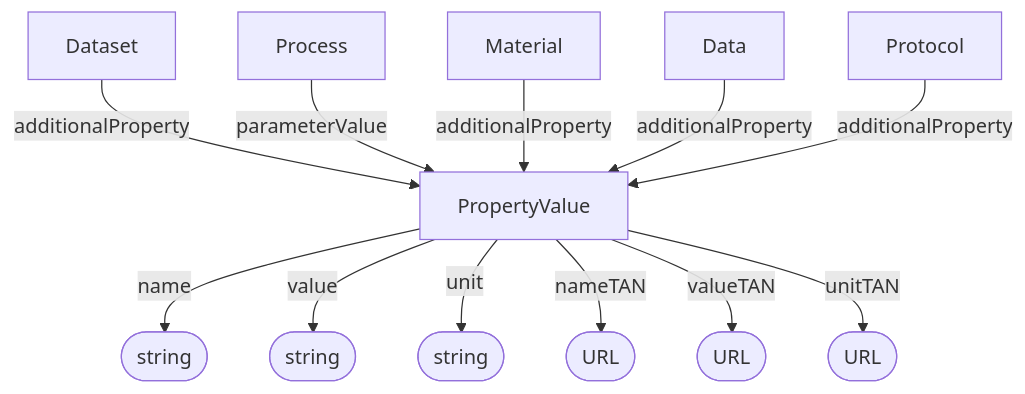
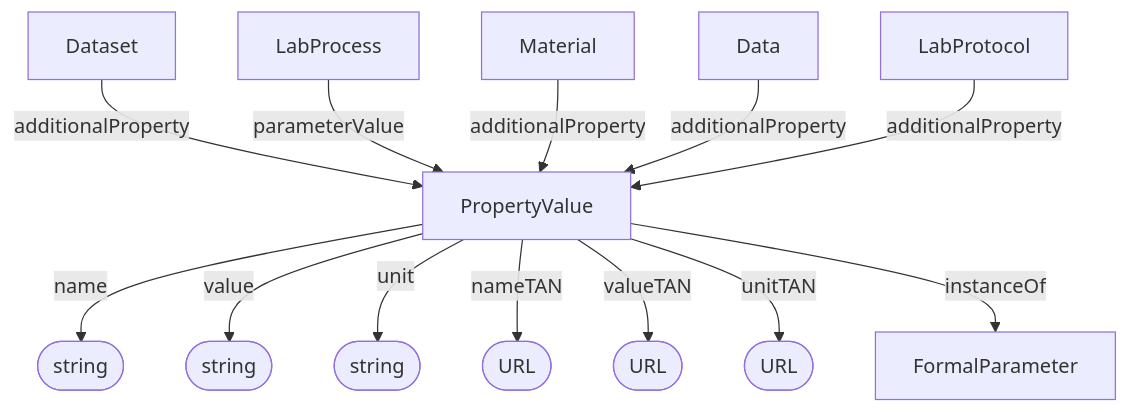
One commit to HLWeil/ProcessCore changed the diagram in spec/core/PropertyValue.md. Above: the diagram before and after it, drawn with Mermaid. The commit also changed other lines of this file and 10 other files, not shown here.

````diff
--- a/spec/core/PropertyValue.md
+++ b/spec/core/PropertyValue.md
@@ -28,25 +29,27 @@
 ```mermaid
 flowchart TD
 
     na@{ shape: stadium, label: "string" }
     va@{ shape: stadium, label: "string" }
     un@{ shape: stadium, label: "string" }
     nt@{ shape: stadium, label: "URL" }
     vt@{ shape: stadium, label: "URL" }
     ut@{ shape: stadium, label: "URL" }
 
     Dataset --additionalProperty--> PropertyValue
-    Process --parameterValue--> PropertyValue
+    LabProcess --parameterValue--> PropertyValue
     Material --additionalProperty--> PropertyValue
     Data --additionalProperty--> PropertyValue
-    Protocol --additionalProperty--> PropertyValue
+    LabProtocol --additionalProperty--> PropertyValue
 
     PropertyValue --name--> na
     PropertyValue --value--> va
     PropertyValue --unit--> un
     PropertyValue --nameTAN--> nt
     PropertyValue --valueTAN--> vt
     PropertyValue --unitTAN--> ut
+
+    PropertyValue --instanceOf--> FormalParameter
     
 
 ```
````
